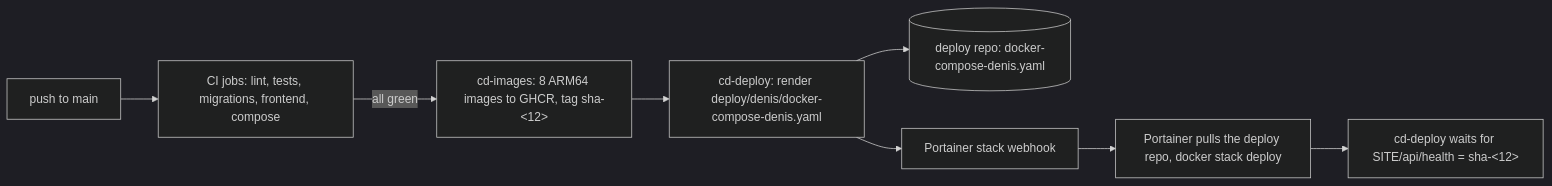
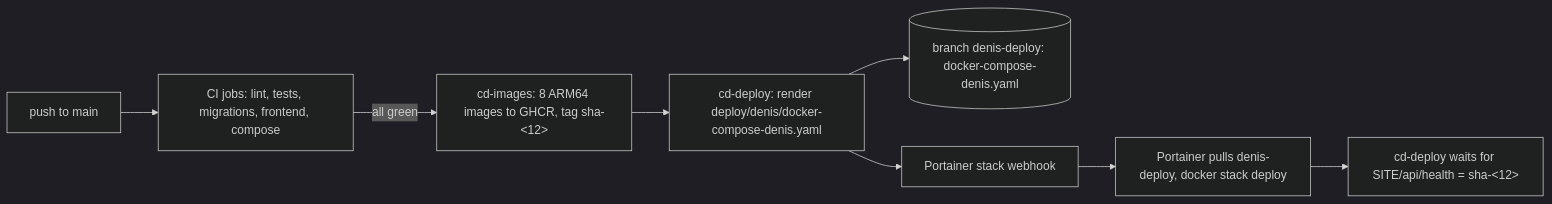
The diagram in docs/guides/deploy-denis.md (EXARTeo/genAI-summit), drawn with Mermaid (dark theme) before and after one commit. The commit also changed other lines of this file and 3 other files, not shown here.

Commit message:
ci: deploy from the owner's repo with the built-in token onto a denis-deploy branch

````diff
--- a/docs/guides/deploy-denis.md
+++ b/docs/guides/deploy-denis.md
@@ -9,10 +15,10 @@
 ```mermaid
 flowchart LR
   push[push to main] --> ci[CI jobs: lint, tests, migrations, frontend, compose]
   ci -->|all green| img[cd-images: 8 ARM64 images to GHCR, tag sha-<12>]
   img --> dep[cd-deploy: render deploy/denis/docker-compose-denis.yaml]
-  dep --> repo[(deploy repo: docker-compose-denis.yaml)]
+  dep --> br[(branch denis-deploy: docker-compose-denis.yaml)]
   dep --> hook[Portainer stack webhook]
-  hook --> portainer[Portainer pulls the deploy repo, docker stack deploy]
+  hook --> portainer[Portainer pulls denis-deploy, docker stack deploy]
   portainer --> live[cd-deploy waits for SITE/api/health = sha-<12>]
 ```
````
